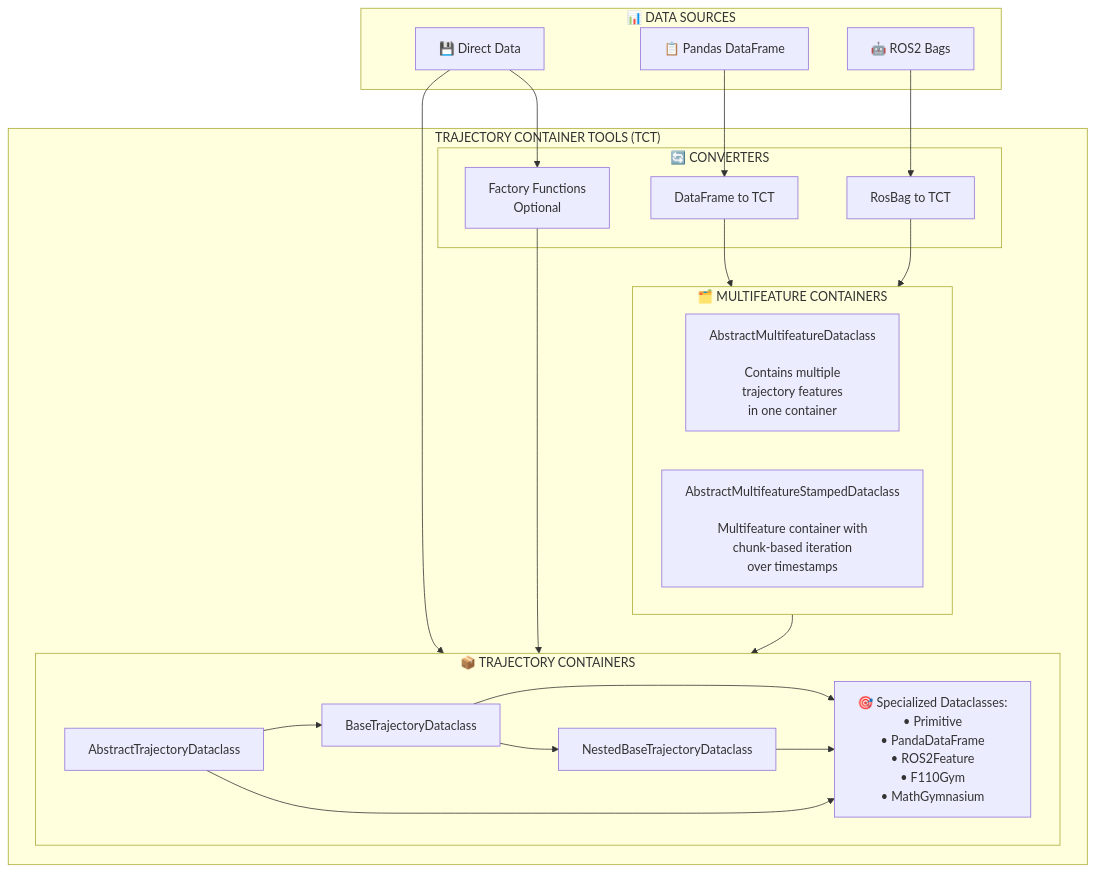
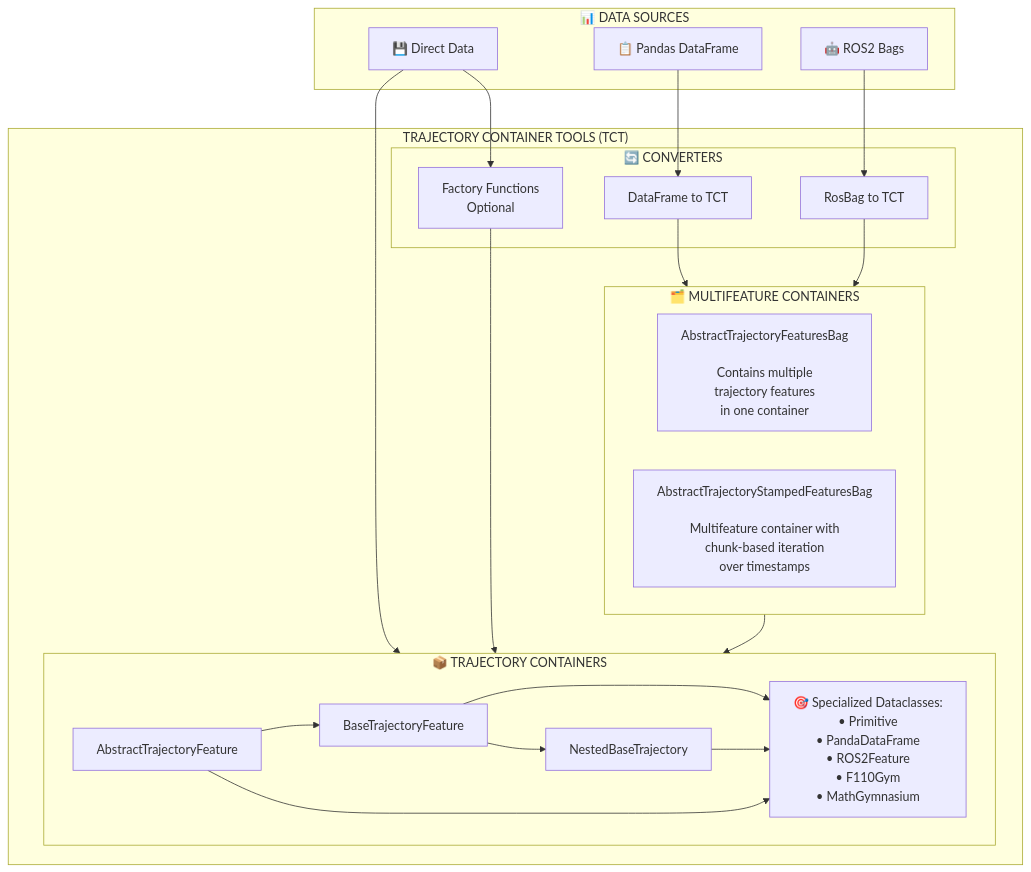
One commit to norlab-ulaval/trajectory-container-tools changed the diagram in documentation/README.md. Above: the diagram before and after it, drawn with Mermaid. The commit also changed other lines of this file and 63 other files, not shown here.

````diff
--- a/documentation/README.md
+++ b/documentation/README.md
@@ -39,46 +39,46 @@
 ```mermaid
 graph TB
     subgraph DS["📊&nbsp;DATA&nbsp;SOURCES"]
         DF[📋 Pandas DataFrame]
         ROS[🤖 ROS2 Bags]
         DD[💾 Direct Data]
     end
     
     subgraph TCT["TRAJECTORY&nbsp;CONTAINER&nbsp;TOOLS&nbsp;(TCT)"]
         
         subgraph CONV["🔄&nbsp;CONVERTERS"]
             DFC[DataFrame to TCT]
             RC[RosBag to TCT]
             FF[Factory Functions<br/>Optional]
         end
         
         subgraph MFC["🗂️&nbsp;MULTIFEATURE&nbsp;CONTAINERS"]
-            AMC[AbstractMultifeatureDataclass<br/><br/>Contains multiple<br/>trajectory features<br/>in one container]
-            AMSC[AbstractMultifeatureStampedDataclass<br/><br/>Multifeature container with<br/>chunk-based iteration<br/>over timestamps]
+            AMC[AbstractTrajectoryFeaturesBag<br/><br/>Contains multiple<br/>trajectory features<br/>in one container]
+            AMSC[AbstractTrajectoryStampedFeaturesBag<br/><br/>Multifeature container with<br/>chunk-based iteration<br/>over timestamps]
         end
         
         subgraph TC["📦&nbsp;TRAJECTORY&nbsp;CONTAINERS"]
-            ATC[AbstractTrajectoryDataclass]
-            BTC[BaseTrajectoryDataclass]
-            NBTC[NestedBaseTrajectoryDataclass]
+            ATC[AbstractTrajectoryFeature]
+            BTC[BaseTrajectoryFeature]
+            NBTC[NestedBaseTrajectory]
             SC[🎯 Specialized Dataclasses:<br/>• Primitive<br/>• PandaDataFrame<br/>• ROS2Feature<br/>• F110Gym<br/>• MathGymnasium<br/>]
         end
     end
     
     %% Data flow connections
     ROS --> RC
     DD --> FF
     DF --> DFC
         
     DFC --> MFC
     RC --> MFC
         
     DD --> TC
     FF --> TC
     MFC --> TC 
     
     ATC --> BTC --> SC
     BTC --> NBTC --> SC 
     ATC --> SC
     
 ```
````
